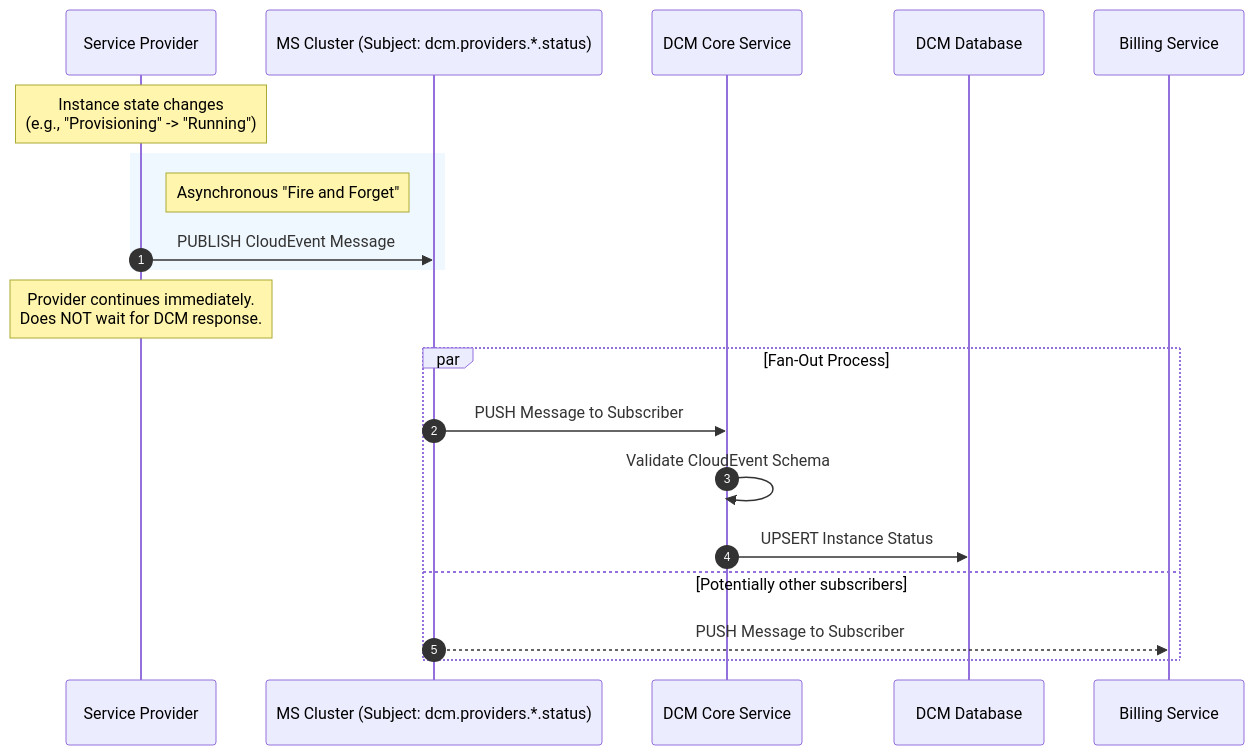
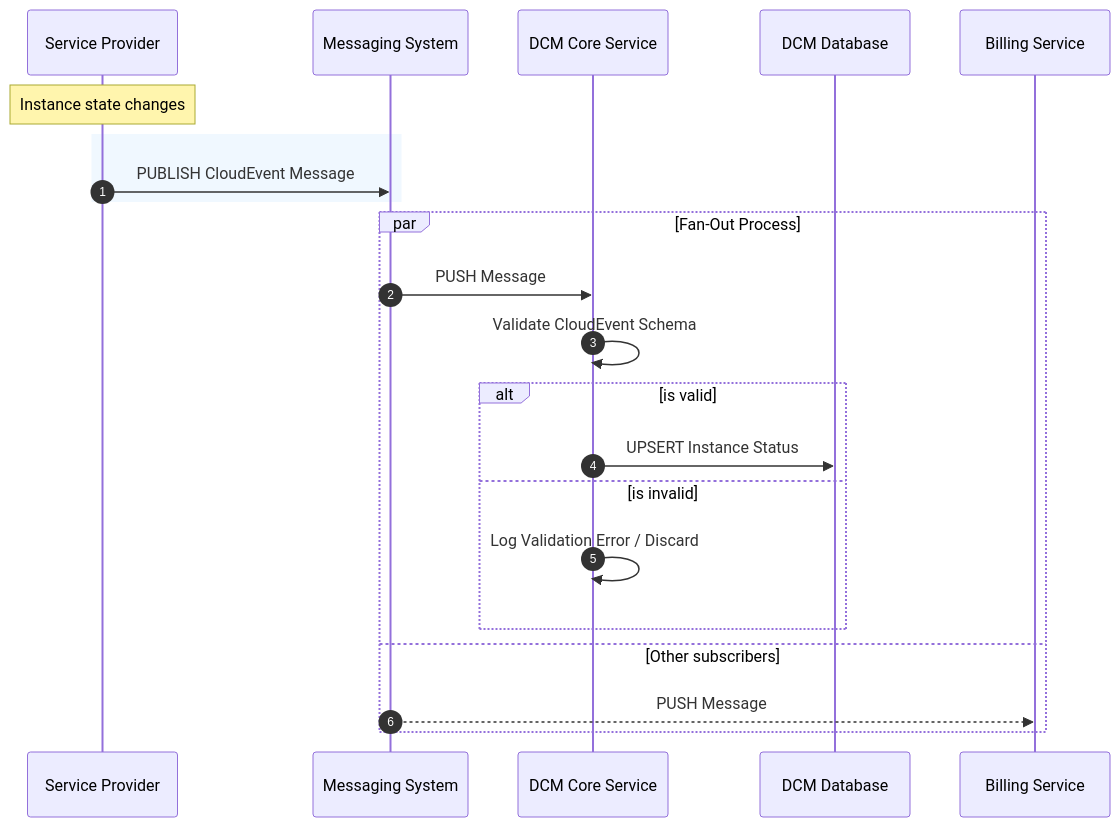
Before and after one commit to dcm-project/enhancements: the diagram in enhancements/state-management/service-provider-status-reporting.md, drawn with Mermaid. The commit also changed other lines of this file, not shown here.

Commit message:
Improve based on comments

````diff
--- a/enhancements/state-management/service-provider-status-reporting.md
+++ b/enhancements/state-management/service-provider-status-reporting.md
@@ -93,25 +93,27 @@
 ```mermaid
 sequenceDiagram
     autonumber
     participant Provider as Service Provider
-    participant MS as MS Cluster (Subject: dcm.providers.*.status)
+    participant MS as Messaging System
     participant DCM as DCM Core Service
     participant DB as DCM Database
 
-    Note over Provider: Instance state changes<br/>(e.g., "Provisioning" -> "Running")
+    Note over Provider: Instance state changes
 
     rect rgb(240, 248, 255)
-    note right of Provider: Asynchronous "Fire and Forget"
     Provider->>MS: PUBLISH CloudEvent Message
     end
 
-    Note over Provider: Provider continues immediately.<br/>Does NOT wait for DCM response.
+    par Fan-Out Process
+        MS->>DCM: PUSH Message
+        DCM->>DCM: Validate CloudEvent Schema
+        alt is valid
+            DCM->>DB: UPSERT Instance Status
+        else is invalid
+            DCM->>DCM: Log Validation Error / Discard
+        end
 
-    par Fan-Out Process
-        MS->>DCM: PUSH Message to Subscriber
-        DCM->>DCM: Validate CloudEvent Schema
-        DCM->>DB: UPSERT Instance Status
-    and Potentially other subscribers
-        MS-->>Billing Service: PUSH Message to Subscriber
+    and Other subscribers
+        MS-->>Billing Service: PUSH Message
     end
 ```
````
